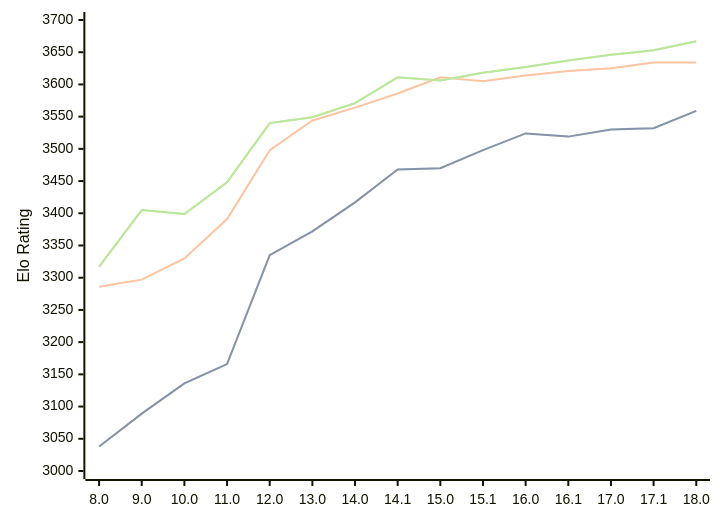
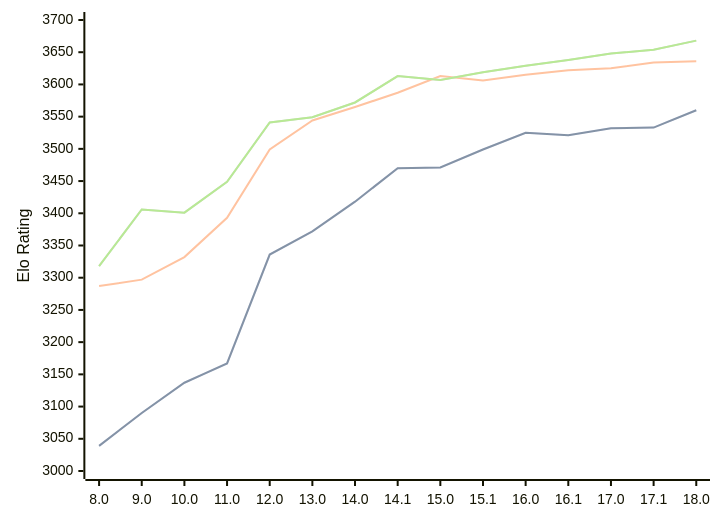
One commit to computer-chess-index/cci changed the diagram in engines/Stockfish.md. Above: the diagram before and after it, drawn with Mermaid. The commit also changed other lines of this file, not shown here.

Commit message:
Update CCI Ratings (ELO VLTC) - 2026-05-16

````diff
--- a/engines/Stockfish.md
+++ b/engines/Stockfish.md
@@ -46,11 +46,11 @@
 ```mermaid
 %%{init: {"theme":"base","themeVariables":{"seriesColors:['#a3a3a3','#222221','#faa371']}}}%%
 xychart-beta
   x-axis ["8.0", "9.0", "10.0", "11.0", "12.0", "13.0", "14.0", "14.1", "15.0", "15.1", "16.0", "16.1", "17.0", "17.1", "18.0"]
   y-axis "Elo Rating" 3000 --> 3700
-  line "STC (8.0+0.08s)" [3038, 3089, 3136, 3166, 3335, 3372, 3417, 3468, 3470, 3498, 3524, 3519, 3530, 3532, 3559]
-  line "STC (8.0+0.08s)" [3038, 3089, 3136, 3166, 3335, 3372, 3417, 3468, 3470, 3498, 3524, 3519, 3530, 3532, 3559]
-  line "LTC (60.0+0.60s)" [3286, 3297, 3330, 3391, 3498, 3544, 3564, 3586, 3611, 3605, 3614, 3621, 3625, 3634, 3634]
-  line "VLTC (2m24s+1.12s)" [3317, 3405, 3399, 3448, 3540, 3549, 3571, 3611, 3606, 3618, 3627, 3637, 3646, 3653, 3667]
-  line "VLTC (2m24s+1.12s)" [3317, 3405, 3399, 3448, 3540, 3549, 3571, 3611, 3606, 3618, 3627, 3637, 3646, 3653, 3667]
+  line "STC (8.0+0.08s)" [3039, 3090, 3137, 3167, 3336, 3372, 3418, 3470, 3471, 3499, 3525, 3521, 3532, 3533, 3560]
+  line "STC (8.0+0.08s)" [3039, 3090, 3137, 3167, 3336, 3372, 3418, 3470, 3471, 3499, 3525, 3521, 3532, 3533, 3560]
+  line "LTC (60.0+0.60s)" [3287, 3297, 3332, 3393, 3499, 3544, 3565, 3587, 3613, 3606, 3615, 3622, 3625, 3634, 3636]
+  line "VLTC (2m24s+1.12s)" [3318, 3406, 3401, 3449, 3541, 3549, 3572, 3613, 3607, 3619, 3629, 3638, 3648, 3654, 3668]
+  line "VLTC (2m24s+1.12s)" [3318, 3406, 3401, 3449, 3541, 3549, 3572, 3613, 3607, 3619, 3629, 3638, 3648, 3654, 3668]
 ```
````
